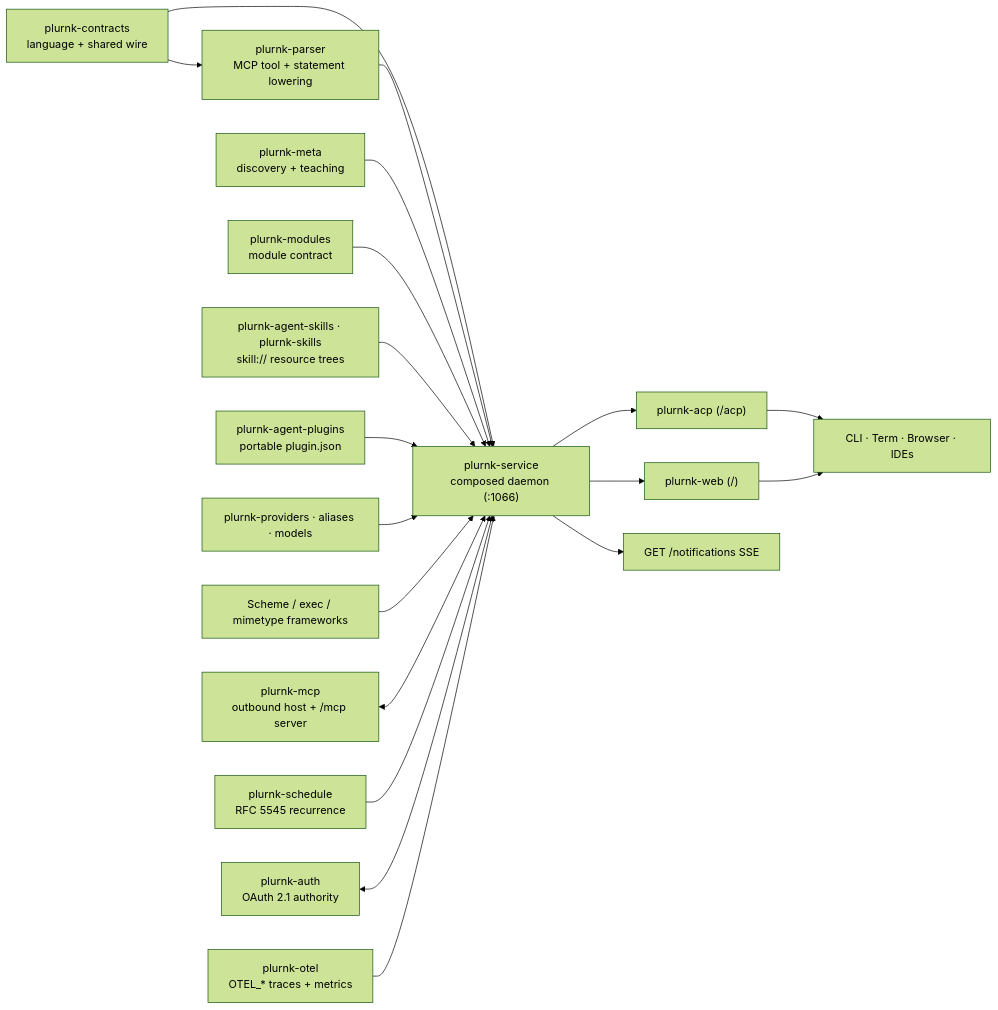
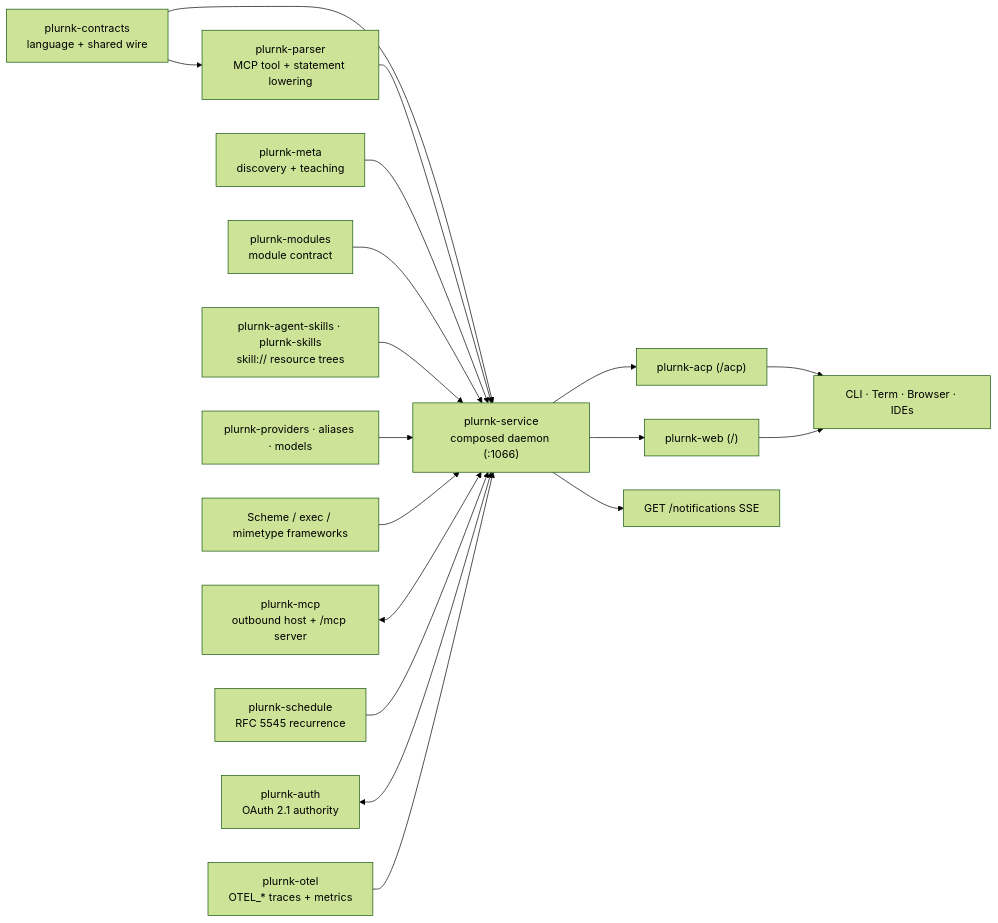
Before and after one commit to plurnk/plurnk-service: the second of 5 diagrams in ARCHITECTURE.md, drawn with Mermaid (forest theme). The commit also changed other lines of this file and 319 other files, not shown here.

````diff
--- a/ARCHITECTURE.md
+++ b/ARCHITECTURE.md
@@ -64,20 +70,19 @@
 ```mermaid
 flowchart LR
     contracts["plurnk-contracts<br/>language + shared wire"] --> parser["plurnk-parser<br/>MCP tool + statement lowering"] & core
     parser --> core
     meta["plurnk-meta<br/>discovery + teaching"] --> core
     modules["plurnk-modules<br/>module contract"] --> core
     skills["plurnk-agent-skills · plurnk-skills<br/>skill:// resource trees"] --> core
-    plugins["plurnk-agent-plugins<br/>portable plugin.json"] --> core
     providers["plurnk-providers · aliases · models"] --> core
     frameworks["Scheme / exec / mimetype frameworks"] --> core
     mcp["plurnk-mcp<br/>outbound host + /mcp server"] <--> core
     schedule["plurnk-schedule<br/>RFC 5545 recurrence"] --> core
     auth["plurnk-auth<br/>OAuth 2.1 authority"] <--> core
     otel["plurnk-otel<br/>OTEL_* traces + metrics"] --> core
     core["plurnk-service<br/>composed daemon (:1066)"]
     core --> acp["plurnk-acp (/acp)"]
     core --> web["plurnk-web (/)"]
     core --> notifications["GET /notifications SSE"]
     acp & web --> clients["CLI · Term · Browser · IDEs"]
 ```
````
